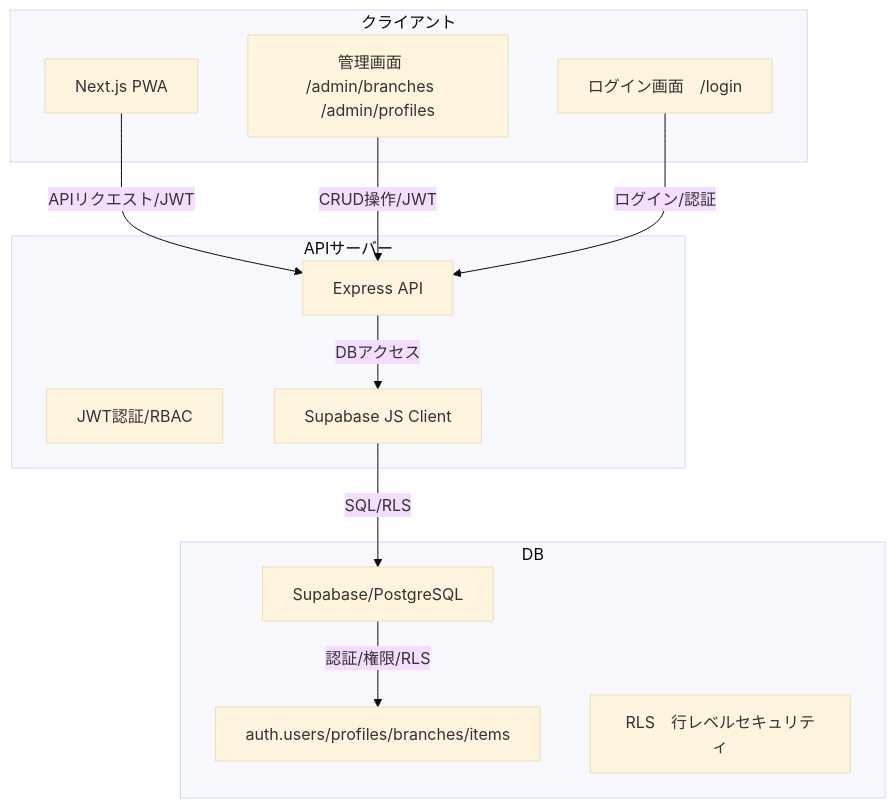
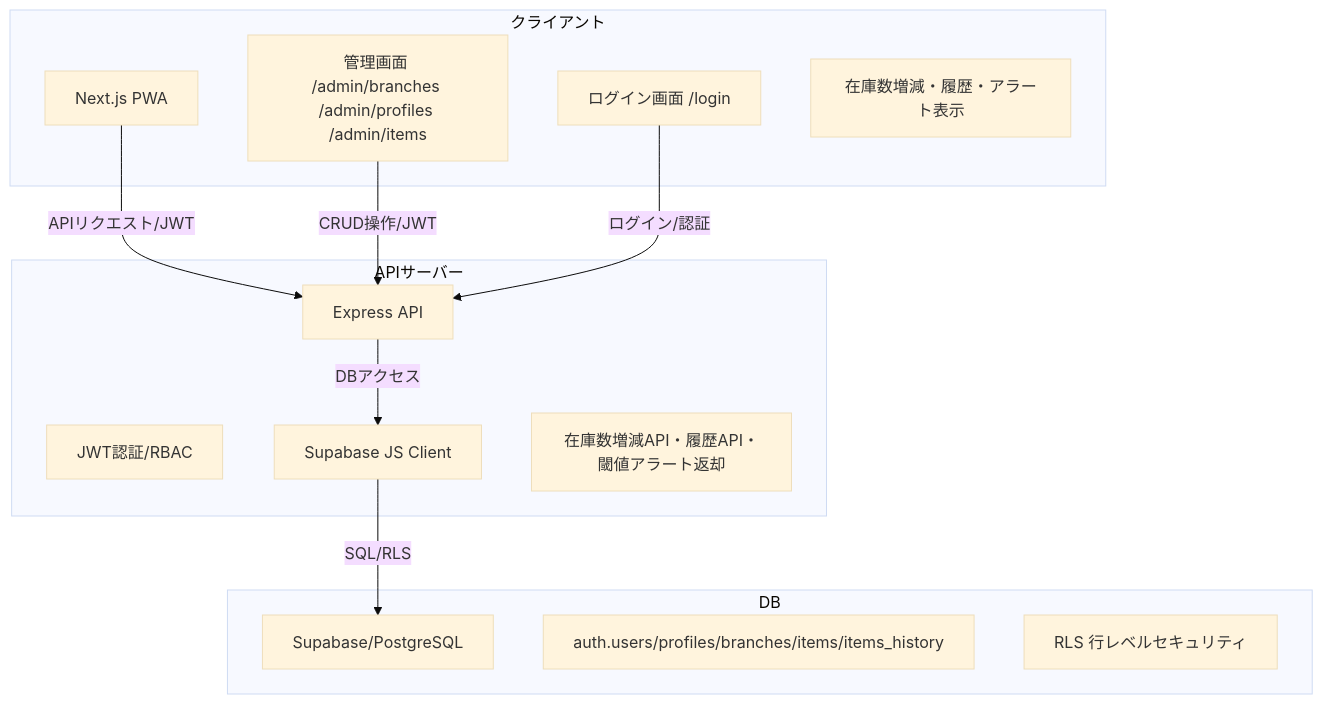
One commit to hitodeman/every_item_mng changed the second of 2 diagrams in context/architect/system-architecture.md. Above: the diagram before and after it, drawn with Mermaid (base theme). The commit also changed other lines of this file and 19 other files, not shown here.

````diff
--- a/context/architect/system-architecture.md
+++ b/context/architect/system-architecture.md
@@ -29,24 +29,25 @@
 ```mermaid
 graph TD
   subgraph クライアント
     A1[Next.js PWA]
-    A2[管理画面　/admin/branches　/admin/profiles]
-    A3[ログイン画面　/login]
+    A2[管理画面 /admin/branches /admin/profiles /admin/items]
+    A3[ログイン画面 /login]
+    A4[在庫数増減・履歴・アラート表示]
   end
   subgraph APIサーバー
     B1[Express API]
     B2[JWT認証/RBAC]
     B3[Supabase JS Client]
+    B4[在庫数増減API・履歴API・閾値アラート返却]
   end
   subgraph DB
     C1[Supabase/PostgreSQL]
-    C2[auth.users/profiles/branches/items]
-    C3[RLS　行レベルセキュリティ]
+    C2[auth.users/profiles/branches/items/items_history]
+    C3[RLS 行レベルセキュリティ]
   end
   A1--APIリクエスト/JWT-->B1
   A2--CRUD操作/JWT-->B1
   A3--ログイン/認証-->B1
   B1--DBアクセス-->B3
   B3--SQL/RLS-->C1
-  C1--認証/権限/RLS-->C2
 ```
````
